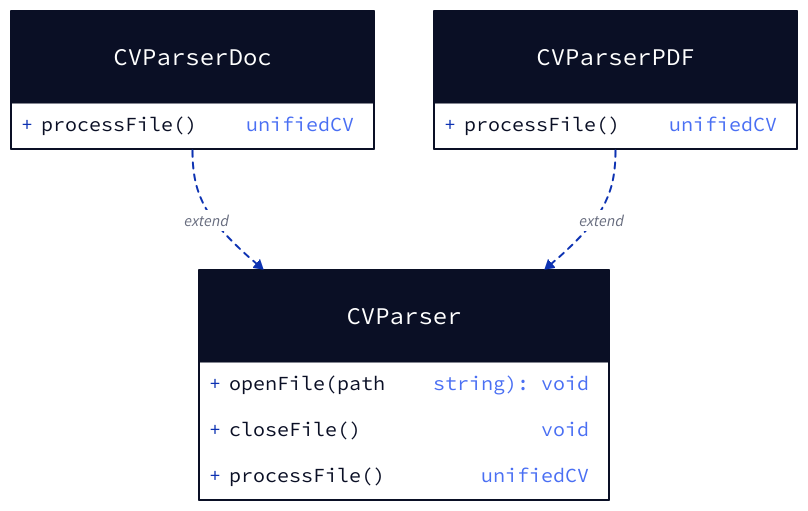
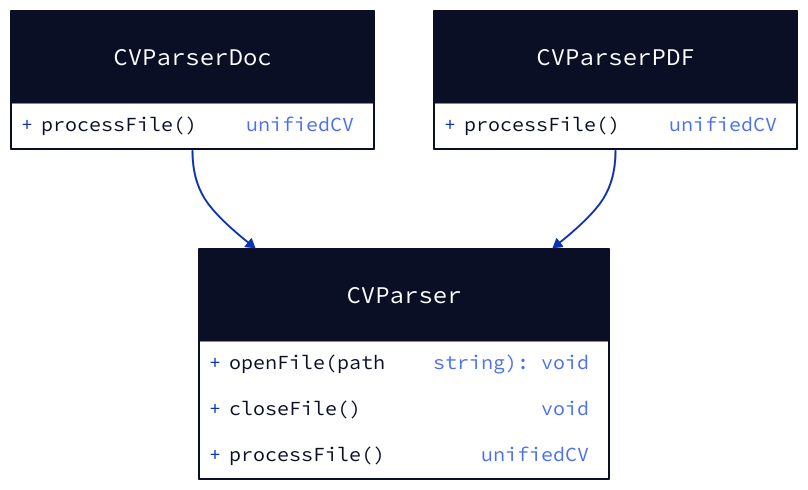
Before and after one commit to gyoridavid/design-patterns-typescript: the diagram in src/template/template.d2, drawn with D2. The commit also changed 1 other file, not shown here.

Commit message:
Update template d2 UML

```diff
--- a/src/template/template.d2
+++ b/src/template/template.d2
@@ -1,31 +1,23 @@
 CVParser {
     shape: class
 
     openFile(path: string): void
     closeFile(): void
     processFile(): unifiedCV
 }
 
 CVParserPDF {
     shape: class
 
     processFile(): unifiedCV
 }
 
 CVParserDoc {
     shape: class
 
     processFile(): unifiedCV
 }
 
-CVParserDoc -> CVParser : extend {
-    style: {
-        stroke-dash: 3
-    }
-}
+CVParserDoc -> CVParser {}
 
-CVParserPDF -> CVParser : extend {
-    style: {
-        stroke-dash: 3
-    }
-}
+CVParserPDF -> CVParser {}
```
